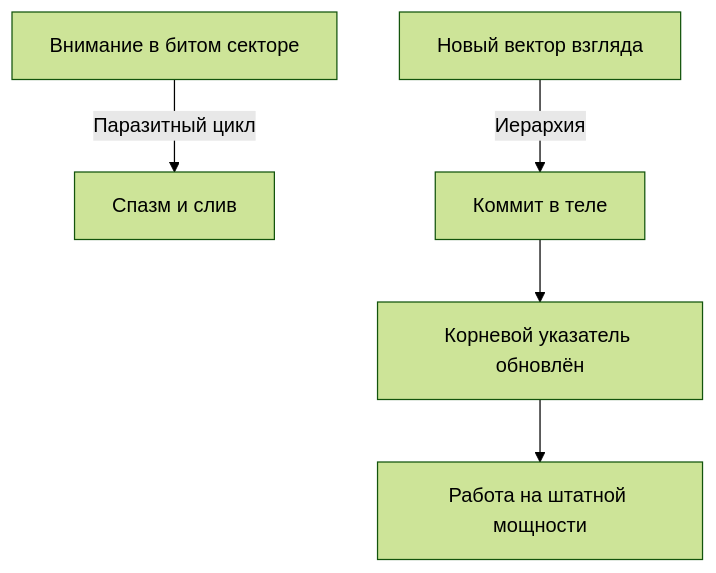
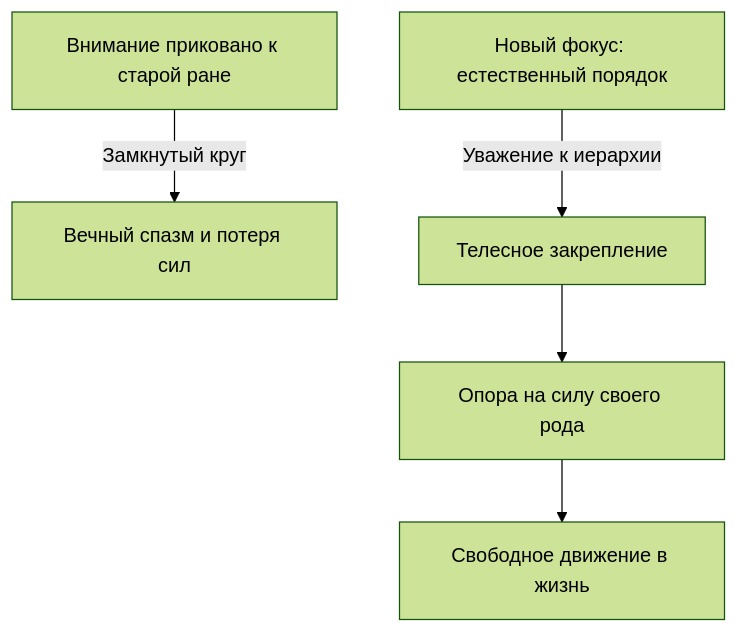
The diagram in root/40-overwrite-patch-commit/ru.mdx (GTFB/threebooks), drawn with Mermaid (forest theme) before and after one commit. The commit also changed other lines of this file and 40 other files, not shown here.

````diff
--- a/root/40-overwrite-patch-commit/ru.mdx
+++ b/root/40-overwrite-patch-commit/ru.mdx
@@ -43,7 +41,7 @@
 ```mermaid
 flowchart TB
-  A["Внимание в битом секторе"] -->|Паразитный цикл| B["Спазм и слив"]
-  C["Новый вектор взгляда"] -->|Иерархия| D["Коммит в теле"]
-  D --> E["Корневой указатель обновлён"]
-  E --> F["Работа на штатной мощности"]
+  A["Внимание приковано к старой ране"] -->|Замкнутый круг| B["Вечный спазм и потеря сил"]
+  C["Новый фокус: естественный порядок"] -->|Уважение к иерархии| D["Телесное закрепление"]
+  D --> E["Опора на силу своего рода"]
+  E --> F["Свободное движение в жизнь"]
 ```
````
